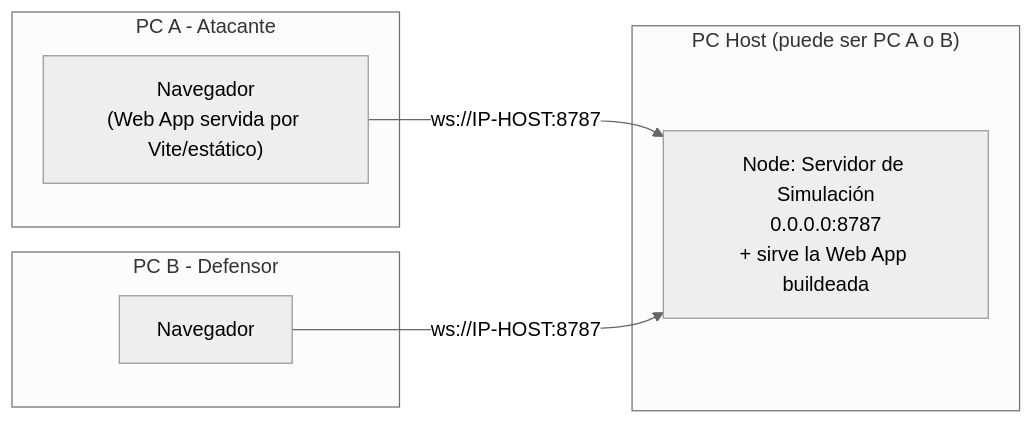
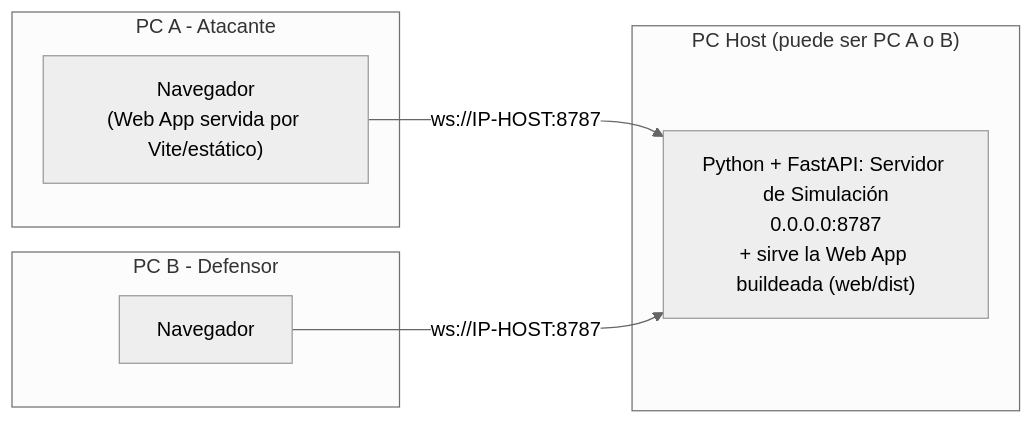
Before and after one commit to Rafael716/Project-X: the fifth of 5 diagrams in documentacion/04-arquitectura-c4.md, drawn with Mermaid (neutral theme). The commit also changed other lines of this file and 53 other files, not shown here.

````diff
--- a/documentacion/04-arquitectura-c4.md
+++ b/documentacion/04-arquitectura-c4.md
@@ -89,14 +93,14 @@
 ```mermaid
 flowchart LR
   subgraph PCA["PC A - Atacante"]
     BA["Navegador\n(Web App servida por Vite/estático)"]
   end
   subgraph PCH["PC Host (puede ser PC A o B)"]
-    N["Node: Servidor de Simulación\n0.0.0.0:8787\n+ sirve la Web App buildeada"]
+    N["Python + FastAPI: Servidor de Simulación\n0.0.0.0:8787\n+ sirve la Web App buildeada (web/dist)"]
   end
   subgraph PCB["PC B - Defensor"]
     BB["Navegador"]
   end
   BA -- "ws://IP-HOST:8787" --> N
   BB -- "ws://IP-HOST:8787" --> N
 ```
````
